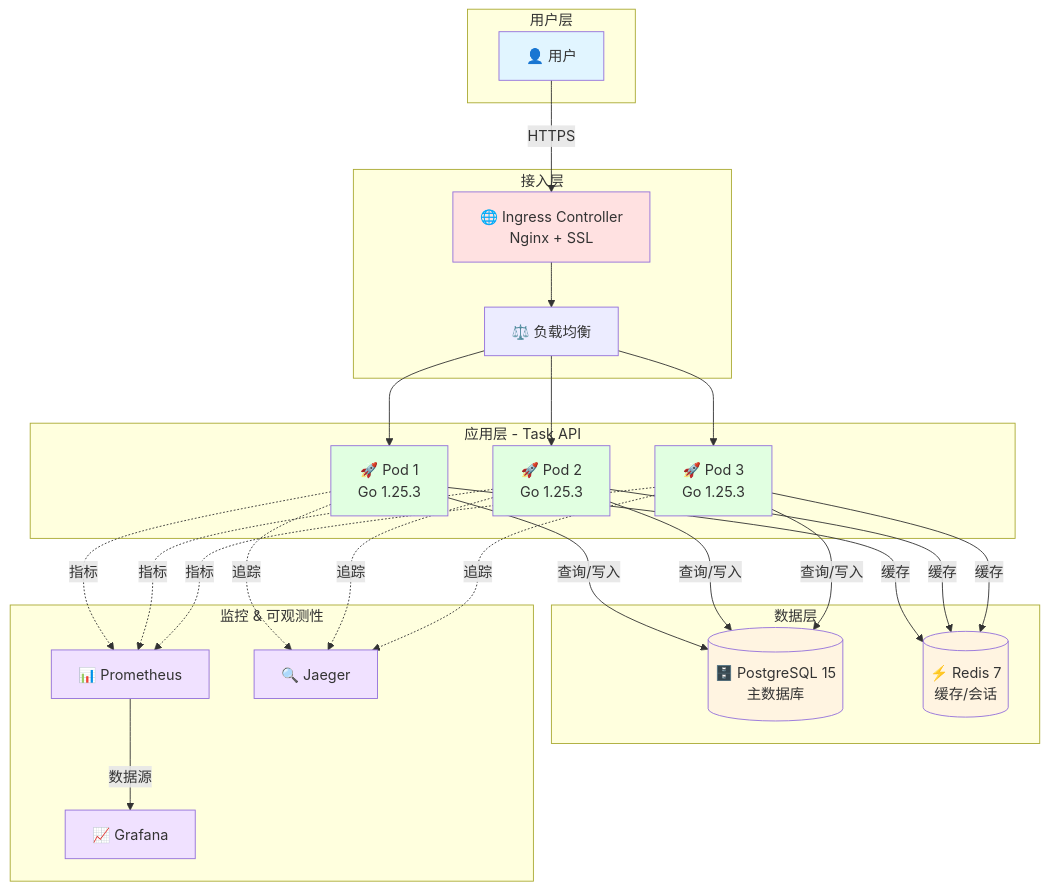
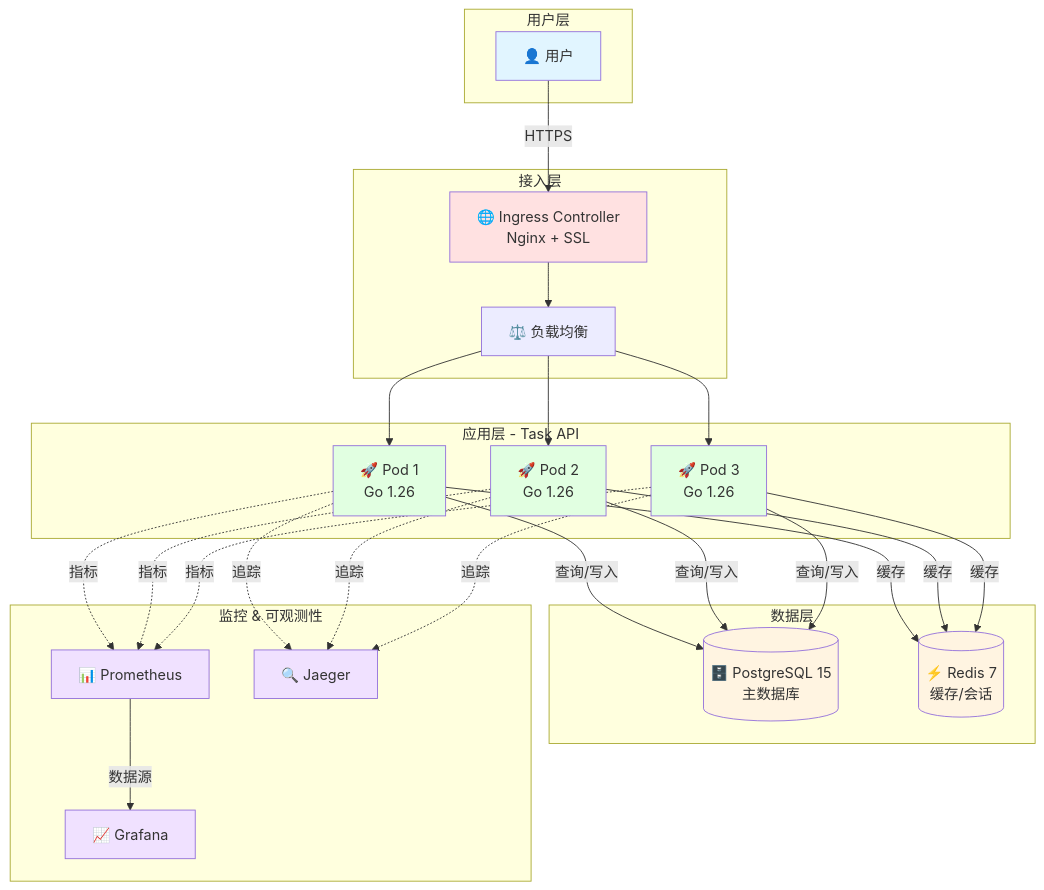
One commit to AdaMartin18010/golang changed the first of 3 diagrams in docs/development/cloud-native/10-云原生完整项目实战.md. Above: the diagram before and after it, drawn with Mermaid. The commit also changed other lines of this file and 523 other files, not shown here.

````diff
--- a/docs/development/cloud-native/10-云原生完整项目实战.md
+++ b/docs/development/cloud-native/10-云原生完整项目实战.md
@@ -120,62 +120,62 @@
 ```mermaid
 graph TB
     subgraph "用户层"
         User[👤 用户]
     end
 
     subgraph "接入层"
         Ingress[🌐 Ingress Controller<br/>Nginx + SSL]
         LB[⚖️ 负载均衡]
     end
 
     subgraph "应用层 - Task API"
-        API1[🚀 Pod 1<br/>Go 1.25.3]
-        API2[🚀 Pod 2<br/>Go 1.25.3]
-        API3[🚀 Pod 3<br/>Go 1.25.3]
+        API1[🚀 Pod 1<br/>Go 1.26]
+        API2[🚀 Pod 2<br/>Go 1.26]
+        API3[🚀 Pod 3<br/>Go 1.26]
     end
 
     subgraph "数据层"
         PG[(🗄️ PostgreSQL 15<br/>主数据库)]
         Redis[(⚡ Redis 7<br/>缓存/会话)]
     end
 
     subgraph "监控 & 可观测性"
         Prom[📊 Prometheus]
         Grafana[📈 Grafana]
         Jaeger[🔍 Jaeger]
     end
 
     User -->|HTTPS| Ingress
     Ingress --> LB
     LB --> API1
     LB --> API2
     LB --> API3
 
     API1 -->|查询/写入| PG
     API2 -->|查询/写入| PG
     API3 -->|查询/写入| PG
 
     API1 -->|缓存| Redis
     API2 -->|缓存| Redis
     API3 -->|缓存| Redis
 
     API1 -.指标.-> Prom
     API2 -.指标.-> Prom
     API3 -.指标.-> Prom
 
     Prom -->|数据源| Grafana
     API1 -.追踪.-> Jaeger
     API2 -.追踪.-> Jaeger
     API3 -.追踪.-> Jaeger
 
     style User fill:#e1f5ff
     style Ingress fill:#ffe1e1
     style API1 fill:#e1ffe1
     style API2 fill:#e1ffe1
     style API3 fill:#e1ffe1
     style PG fill:#fff4e1
     style Redis fill:#fff4e1
     style Prom fill:#f0e1ff
     style Grafana fill:#f0e1ff
     style Jaeger fill:#f0e1ff
 ```
````
